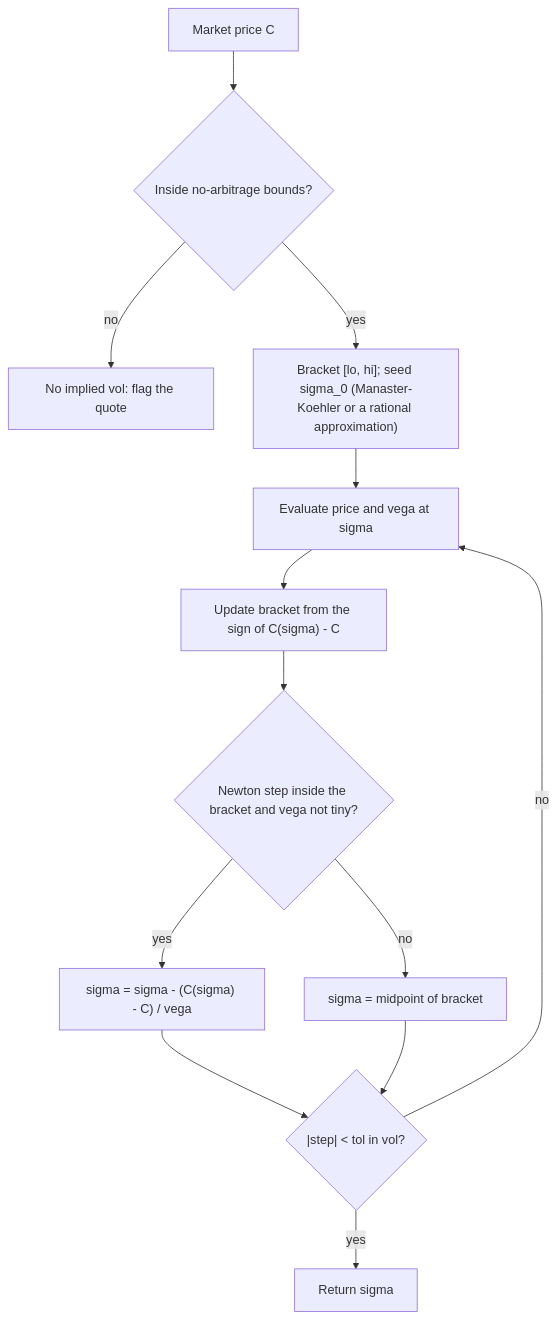
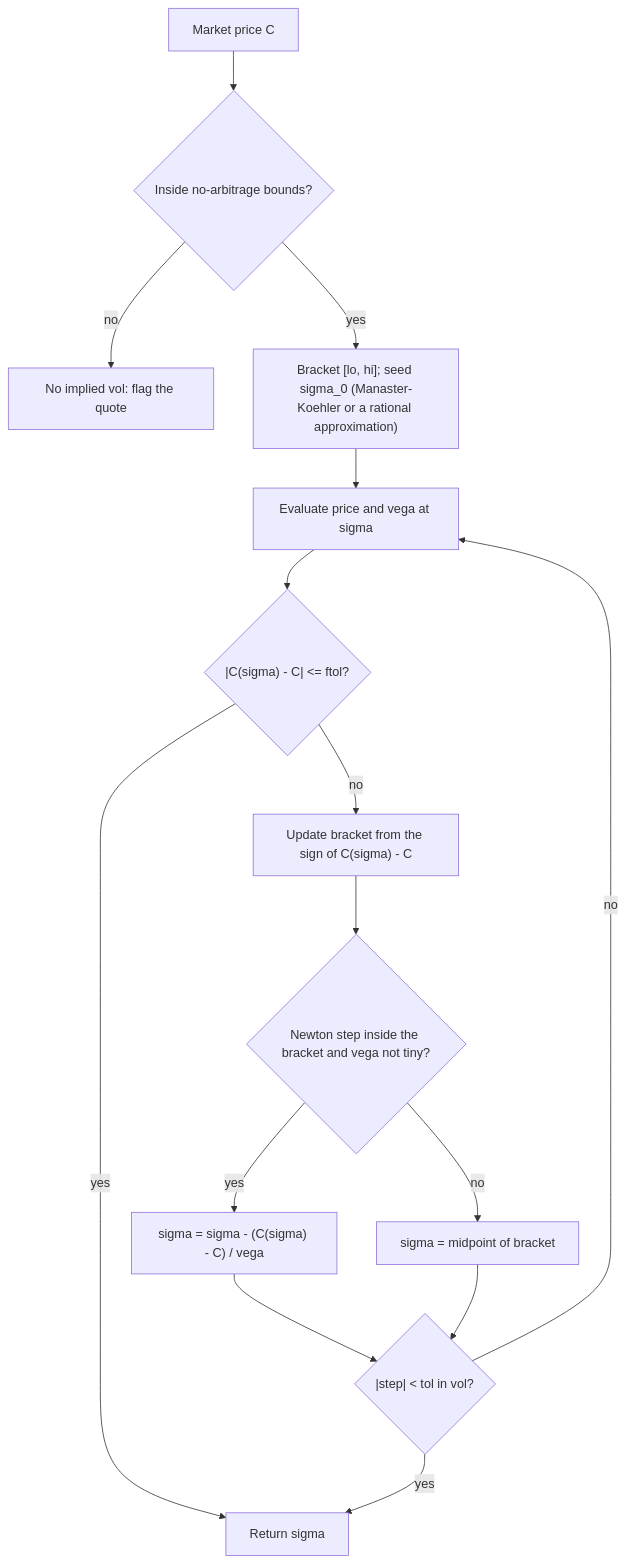
One commit to shreejitverma/The-Quant-Prep changed the diagram in 03-Linear-Algebra-and-Optimization/10-Numerical-Optimization-and-Root-Finding.md. Above: the diagram before and after it, drawn with Mermaid. The commit also changed other lines of this file and 1 other file, not shown here.

Commit message:
fix: stop safeguarded implied-vol solver on price residual before updating bracket (#37)
* Make the safeguarded implied-vol solver's iteration count platform independent

Main CI failed after #36: root_finding_optimization.py asserted 5 safeguarded
iterations and Linux got 8. Newton approaches the root from above, so the
bracket's lower end stays at 1e-6; at the root the price residual is rounding
noise whose sign depends on the libm build, and acting on it pushed the solver
into bisection steps towards 0.125. Under up to 4 ulps of seeded price noise
the old solver took 5, 10, 11 or 31 iterations on the at-the-money example.

Stop on the price residual (1e-13) before touching the bracket. The same
noise probe now gives 5 every time (also 10 and 11 for the deep OTM and
600% vol cases), and the script asserts this over 200 seeds. Note 10 states
the stopping rule and adds it as a pitfall.

* no-mistakes(document): Add residual stop check to implied-vol Mermaid flowchart

---------

````diff
--- a/03-Linear-Algebra-and-Optimization/10-Numerical-Optimization-and-Root-Finding.md
+++ b/03-Linear-Algebra-and-Optimization/10-Numerical-Optimization-and-Root-Finding.md
@@ -77,15 +77,17 @@
 ```mermaid
 flowchart TD
     A["Market price C"] --> B{"Inside no-arbitrage bounds?"}
     B -->|no| X["No implied vol: flag the quote"]
     B -->|yes| C["Bracket [lo, hi]; seed sigma_0 (Manaster-Koehler or a rational approximation)"]
     C --> D["Evaluate price and vega at sigma"]
-    D --> E["Update bracket from the sign of C(sigma) - C"]
+    D --> R{"|C(sigma) - C| <= ftol?"}
+    R -->|yes| J["Return sigma"]
+    R -->|no| E["Update bracket from the sign of C(sigma) - C"]
     E --> F{"Newton step inside the bracket and vega not tiny?"}
     F -->|yes| G["sigma = sigma - (C(sigma) - C) / vega"]
     F -->|no| H["sigma = midpoint of bracket"]
     G --> I{"|step| < tol in vol?"}
     H --> I
     I -->|no| D
-    I -->|yes| J["Return sigma"]
+    I -->|yes| J
 ```
````
